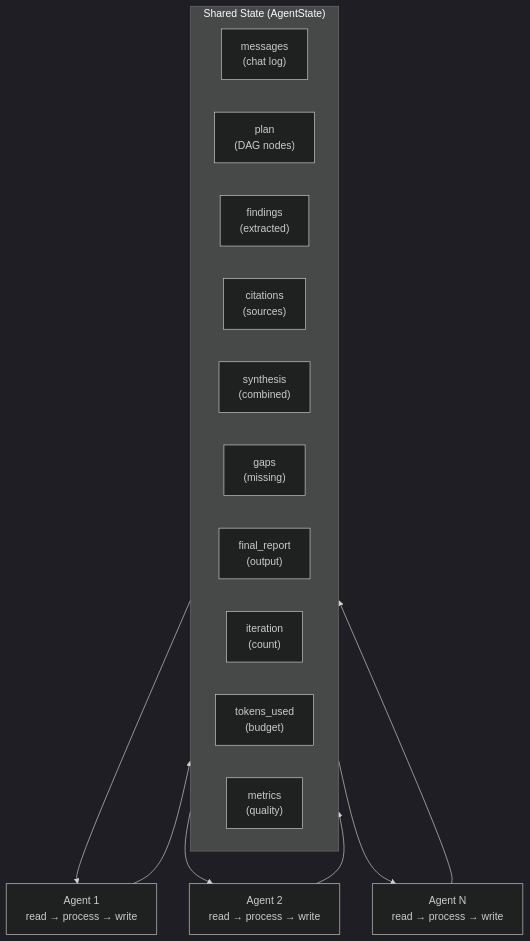
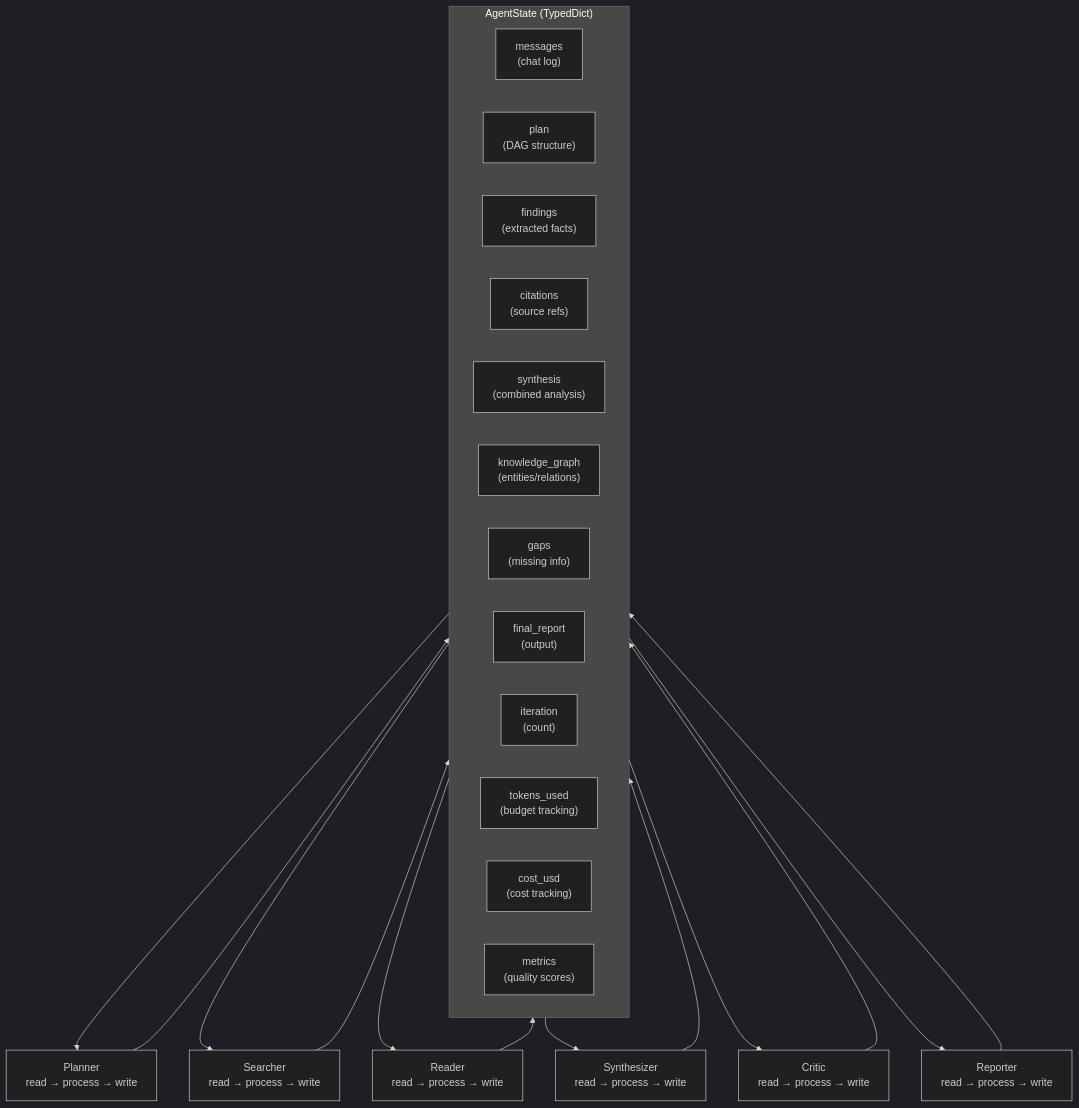
One commit to satyamaix/DeepResearchX changed the fourth of 29 diagrams in docs/ARCHITECTURE.md. Above: the diagram before and after it, drawn with Mermaid (dark theme). The commit also changed other lines of this file and 2 other files, not shown here.

````diff
--- a/docs/ARCHITECTURE.md
+++ b/docs/ARCHITECTURE.md
@@ -202,28 +254,39 @@
 ```mermaid
 flowchart TB
-    subgraph SharedState["Shared State (AgentState)"]
+    subgraph SharedState["AgentState (TypedDict)"]
         direction LR
         messages["messages<br/>(chat log)"]
-        plan["plan<br/>(DAG nodes)"]
-        findings["findings<br/>(extracted)"]
-        citations["citations<br/>(sources)"]
-        synthesis["synthesis<br/>(combined)"]
-        gaps["gaps<br/>(missing)"]
+        plan["plan<br/>(DAG structure)"]
+        findings["findings<br/>(extracted facts)"]
+        citations["citations<br/>(source refs)"]
+        synthesis["synthesis<br/>(combined analysis)"]
+        knowledge_graph["knowledge_graph<br/>(entities/relations)"]
+        gaps["gaps<br/>(missing info)"]
         final_report["final_report<br/>(output)"]
         iteration["iteration<br/>(count)"]
-        tokens_used["tokens_used<br/>(budget)"]
-        metrics["metrics<br/>(quality)"]
+        tokens_used["tokens_used<br/>(budget tracking)"]
+        cost_usd["cost_usd<br/>(cost tracking)"]
+        metrics["metrics<br/>(quality scores)"]
     end
 
-    Agent1["Agent 1<br/>read → process → write"]
-    Agent2["Agent 2<br/>read → process → write"]
-    AgentN["Agent N<br/>read → process → write"]
+    Agent1["Planner<br/>read → process → write"]
+    Agent2["Searcher<br/>read → process → write"]
+    Agent3["Reader<br/>read → process → write"]
+    Agent4["Synthesizer<br/>read → process → write"]
+    Agent5["Critic<br/>read → process → write"]
+    Agent6["Reporter<br/>read → process → write"]
 
     SharedState --> Agent1
     SharedState --> Agent2
-    SharedState --> AgentN
+    SharedState --> Agent3
+    SharedState --> Agent4
+    SharedState --> Agent5
+    SharedState --> Agent6
 
     Agent1 --> SharedState
     Agent2 --> SharedState
-    AgentN --> SharedState
+    Agent3 --> SharedState
+    Agent4 --> SharedState
+    Agent5 --> SharedState
+    Agent6 --> SharedState
 ```
````
